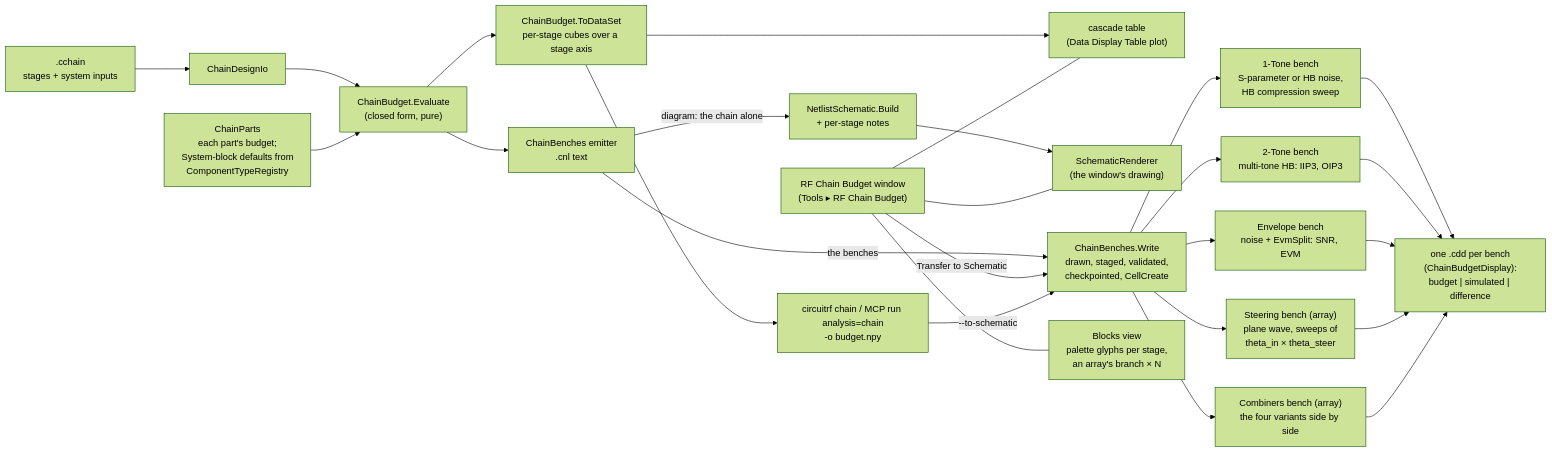
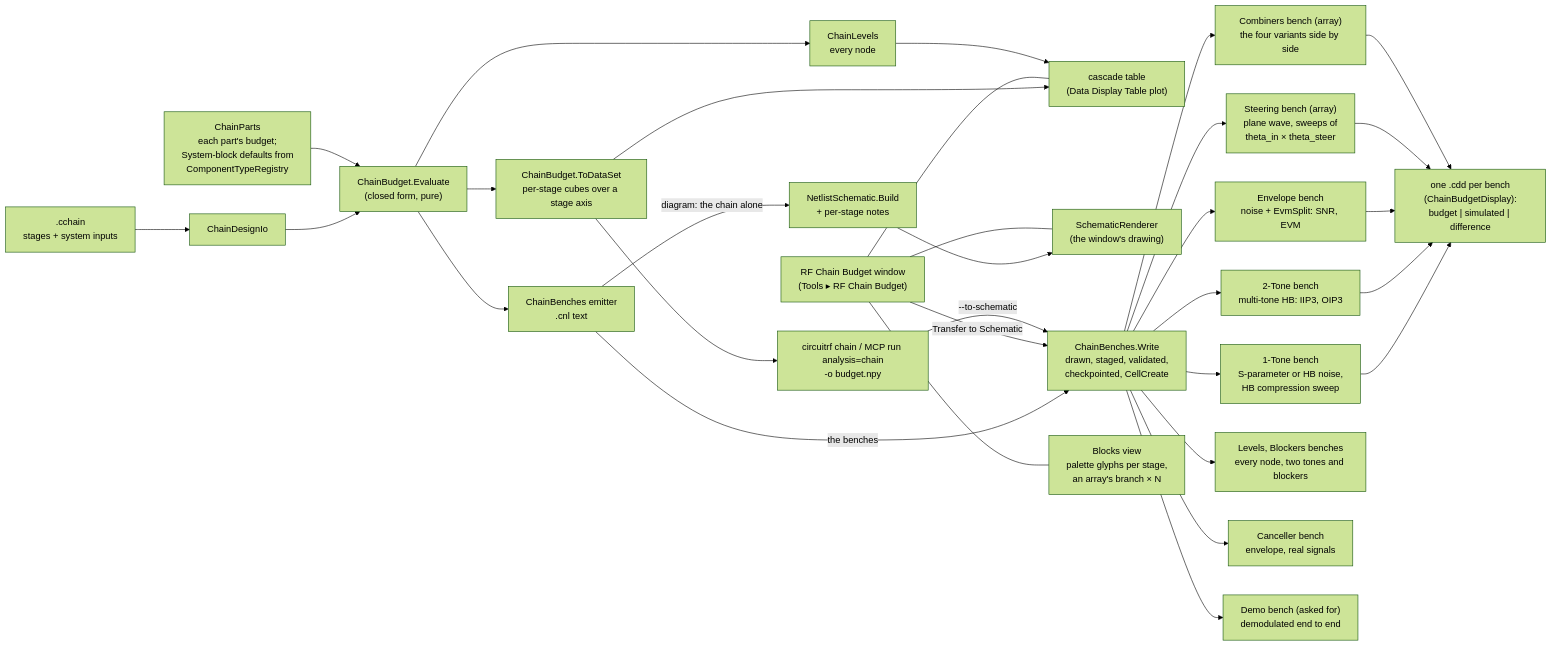
Before and after one commit to potatobeanradio/circuitRF: the diagram in docs/design/chain-budget.md, drawn with Mermaid (forest theme). The commit also changed other lines of this file and 17 other files, not shown here.

First line of the commit message:
Docs: the levels, the canceller and the demo, with what they measure and the screenshots

````diff
--- a/docs/design/chain-budget.md
+++ b/docs/design/chain-budget.md
@@ -9,27 +9,31 @@
 ```mermaid
 flowchart LR
     doc[".cchain<br/>stages + system inputs"] --> io["ChainDesignIo"]
     io --> calc["ChainBudget.Evaluate<br/>(closed form, pure)"]
     parts["ChainParts<br/>each part's budget;<br/>System-block defaults from<br/>ComponentTypeRegistry"] --> calc
     calc --> ds["ChainBudget.ToDataSet<br/>per-stage cubes over a stage axis"]
     ds --> verb["circuitrf chain / MCP run analysis=chain<br/>-o budget.npy"]
     ds --> table["cascade table<br/>(Data Display Table plot)"]
     calc --> emit["ChainBenches emitter<br/>.cnl text"]
     emit -- "diagram: the chain alone" --> draw["NetlistSchematic.Build<br/>+ per-stage notes"] --> canvas["SchematicRenderer<br/>(the window's drawing)"]
     emit -- "the benches" --> write["ChainBenches.Write<br/>drawn, staged, validated,<br/>checkpointed, CellCreate"]
     win["RF Chain Budget window<br/>(Tools ▸ RF Chain Budget)"] --- table
     win --- canvas
     win --- blocks["Blocks view<br/>palette glyphs per stage,<br/>an array's branch × N"]
     win -- "Transfer to Schematic" --> write
     verb -- "--to-schematic" --> write
     write --> one["1-Tone bench<br/>S-parameter or HB noise,<br/>HB compression sweep"]
     write --> two["2-Tone bench<br/>multi-tone HB: IIP3, OIP3"]
     write --> env["Envelope bench<br/>noise + EvmSplit: SNR, EVM"]
     write --> steer["Steering bench (array)<br/>plane wave, sweeps of<br/>theta_in × theta_steer"]
     write --> comb["Combiners bench (array)<br/>the four variants side by side"]
+    write --> lev["Levels, Blockers benches<br/>every node, two tones and blockers"]
+    write --> canc["Canceller bench<br/>envelope, real signals"]
+    write --> demo["Demo bench (asked for)<br/>demodulated end to end"]
+    calc --> levels["ChainLevels<br/>every node"] --> table
     one --> cdd["one .cdd per bench<br/>(ChainBudgetDisplay):<br/>budget | simulated | difference"]
     two --> cdd
     env --> cdd
     steer --> cdd
     comb --> cdd
 ```
````
